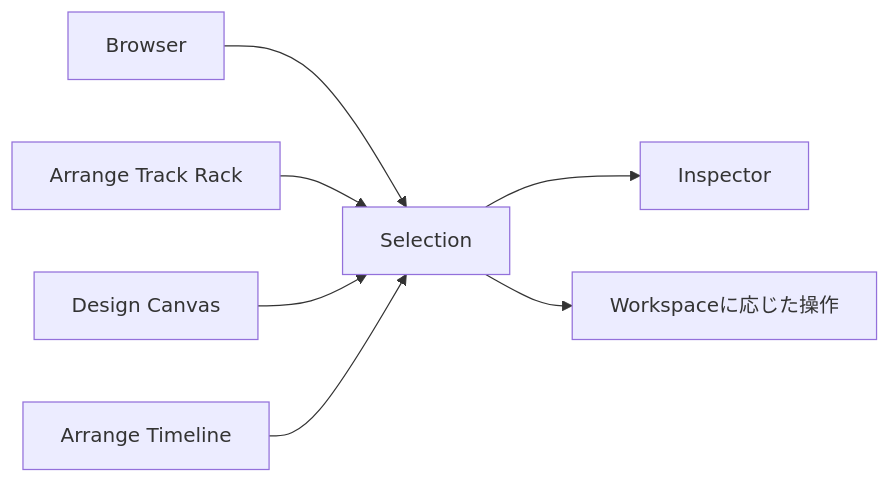
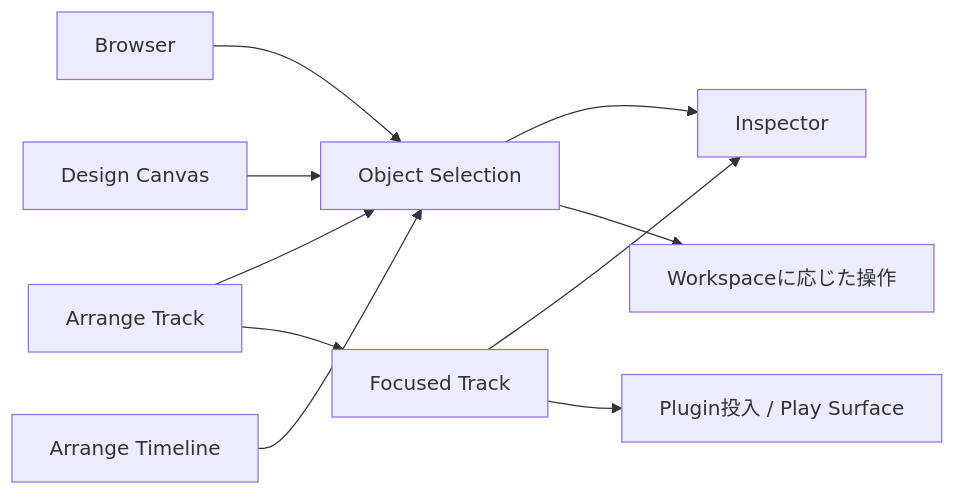
Before and after one commit to endo-ly/riffra: the third of 11 diagrams in docs/ui-ux-design/ui-ux-design.md, drawn with Mermaid. The commit also changed other lines of this file and 50 other files, not shown here.

Commit message:
feat: merge Play into Arrange Play Surface

````diff
--- a/docs/ui-ux-design/ui-ux-design.md
+++ b/docs/ui-ux-design/ui-ux-design.md
@@ -124,9 +122,12 @@
 ```mermaid
 flowchart LR
-    B["Browser"] --> S["Selection"]
-    T["Arrange Track Rack"] --> S
+    B["Browser"] --> S["Object Selection"]
+    T["Arrange Track"] --> S
     D["Design Canvas"] --> S
     A["Arrange Timeline"] --> S
+    T --> F["Focused Track"]
     S --> I["Inspector"]
+    F --> I
     S --> W["Workspaceに応じた操作"]
+    F --> P["Plugin投入 / Play Surface"]
 ```
````
